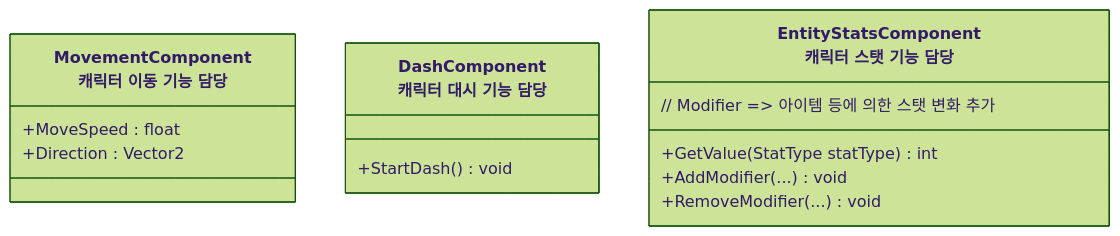
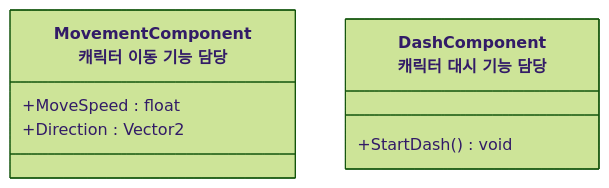
Before and after one commit to JIN5EOK/DungeonShooter: the second of 6 diagrams in README/Entity_설계.md, drawn with Mermaid (forest theme). The commit also changed other lines of this file and 18 other files, not shown here.

````diff
--- a/README/Entity_설계.md
+++ b/README/Entity_설계.md
@@ -24,17 +24,11 @@
 ```mermaid
 classDiagram
     class MovementComponent["MovementComponent<br>캐릭터 이동 기능 담당"]{
         +MoveSpeed : float
         +Direction : Vector2
     }
         
     class DashComponent["DashComponent<br>캐릭터 대시 기능 담당"]{
         +StartDash() void
     }
-    class EntityStatsComponent["EntityStatsComponent<br>캐릭터 스탯 기능 담당"]{
-        +GetValue(StatType statType) int
-        +AddModifier(...) void 
-        +RemoveModifier(...) void
-        // Modifier => 아이템 등에 의한 스탯 변화 추가
-    }
 ```
````
